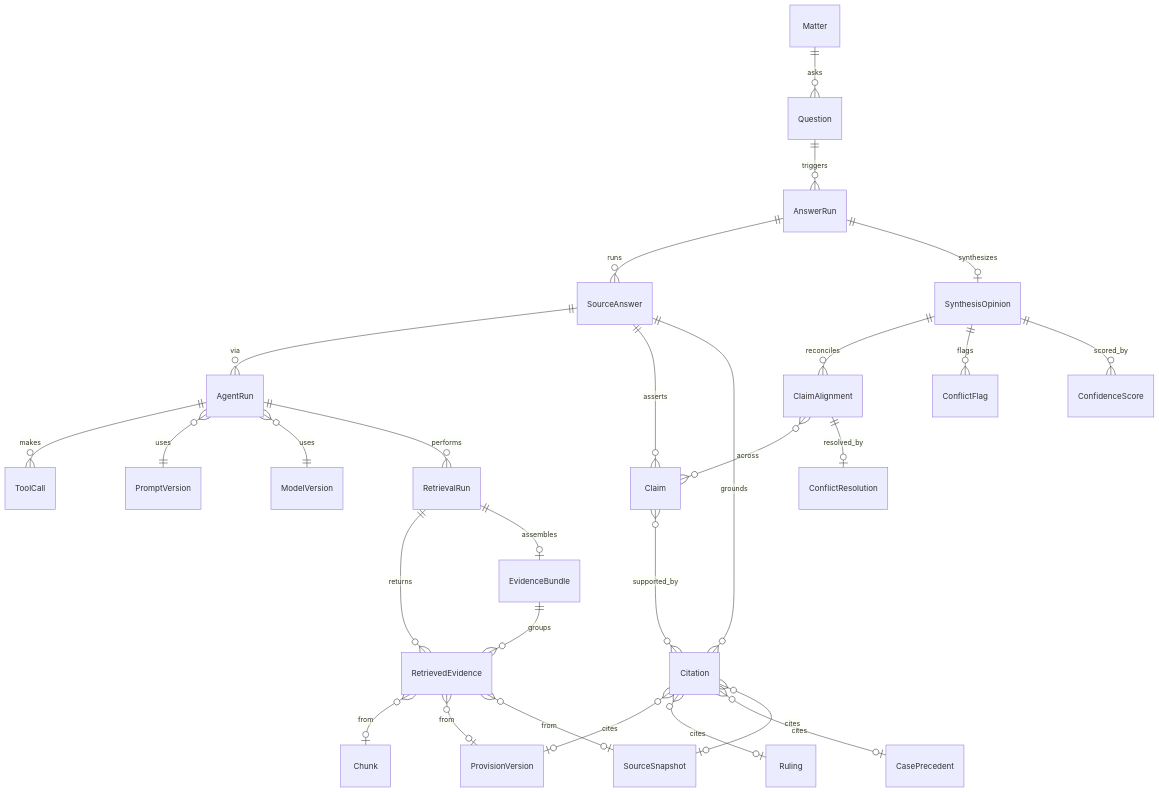
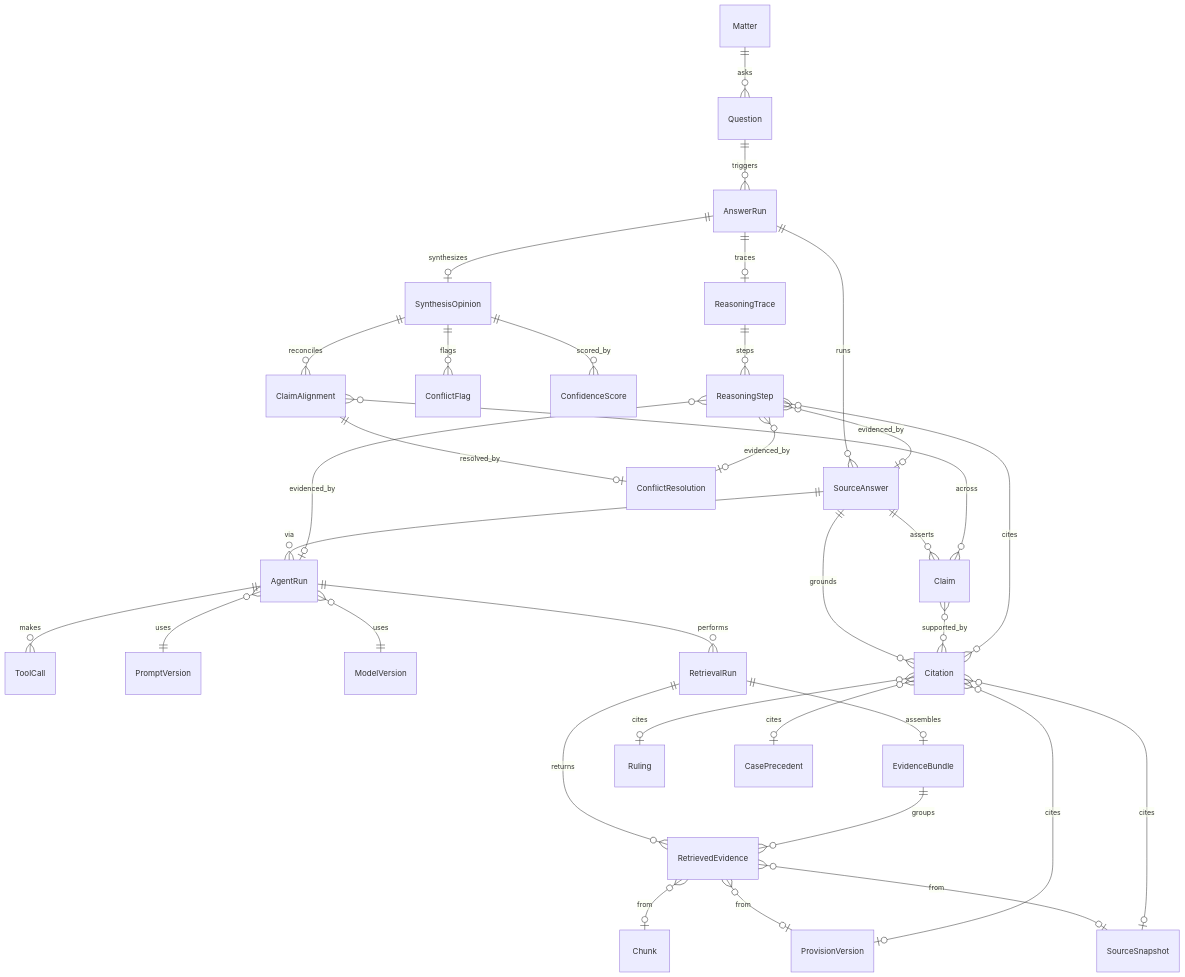
The third of 4 diagrams in docs/04_ERD_데이터모델.md (sowkr7979-cpu/tax-ai-advisor), drawn with Mermaid before and after one commit. The commit also changed other lines of this file and 10 other files, not shown here.

````diff
--- a/docs/04_ERD_데이터모델.md
+++ b/docs/04_ERD_데이터모델.md
@@ -117,33 +117,40 @@
 ```mermaid
 erDiagram
   Matter ||--o{ Question : asks
   Question ||--o{ AnswerRun : triggers
   AnswerRun ||--o{ SourceAnswer : runs
   AnswerRun ||--o| SynthesisOpinion : synthesizes
 
   SourceAnswer ||--o{ AgentRun : via
   AgentRun ||--o{ ToolCall : makes
   AgentRun }o--|| PromptVersion : uses
   AgentRun }o--|| ModelVersion : uses
   AgentRun ||--o{ RetrievalRun : performs
   RetrievalRun ||--o{ RetrievedEvidence : returns
   RetrievedEvidence }o--o| Chunk : from
   RetrievedEvidence }o--o| ProvisionVersion : from
   RetrievedEvidence }o--o| SourceSnapshot : from
   RetrievalRun ||--o| EvidenceBundle : assembles
   EvidenceBundle ||--o{ RetrievedEvidence : groups
 
   SourceAnswer ||--o{ Claim : asserts
   SourceAnswer ||--o{ Citation : grounds
   Claim }o--o{ Citation : supported_by
   Citation }o--o| ProvisionVersion : cites
   Citation }o--o| Ruling : cites
   Citation }o--o| CasePrecedent : cites
   Citation }o--o| SourceSnapshot : cites
 
   SynthesisOpinion ||--o{ ClaimAlignment : reconciles
   ClaimAlignment }o--o{ Claim : across
   ClaimAlignment ||--o| ConflictResolution : resolved_by
   SynthesisOpinion ||--o{ ConflictFlag : flags
   SynthesisOpinion ||--o{ ConfidenceScore : scored_by
+
+  AnswerRun ||--o| ReasoningTrace : traces
+  ReasoningTrace ||--o{ ReasoningStep : steps
+  ReasoningStep }o--o| AgentRun : evidenced_by
+  ReasoningStep }o--o| SourceAnswer : evidenced_by
+  ReasoningStep }o--o| ConflictResolution : evidenced_by
+  ReasoningStep }o--o{ Citation : cites
 ```
````
